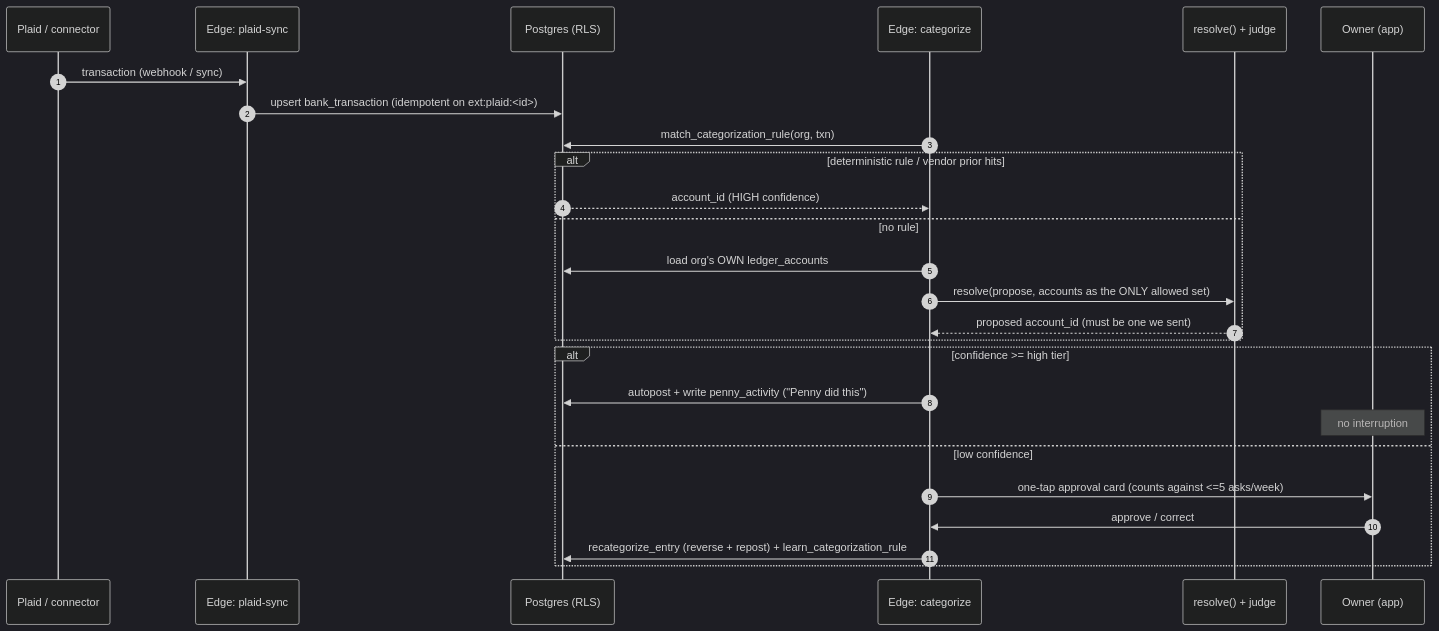
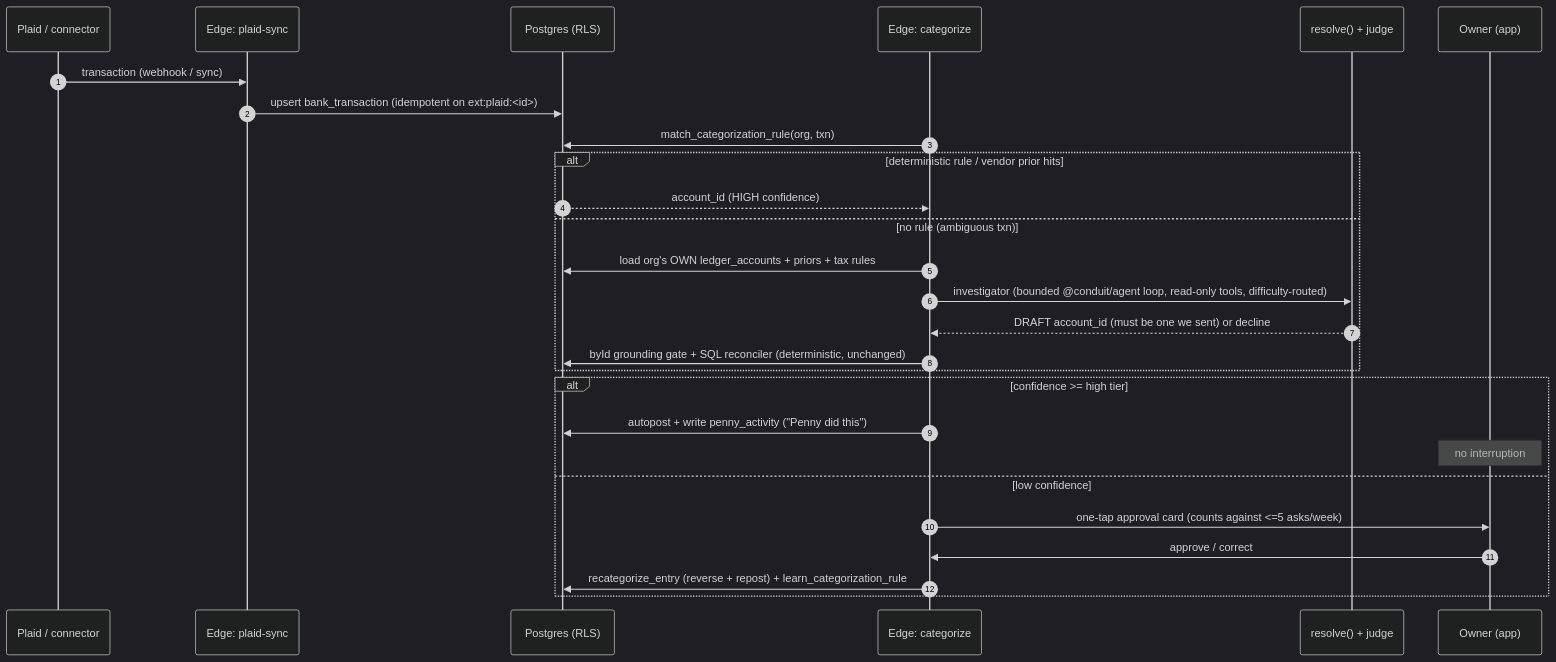
The second of 2 diagrams in docs/ARCHITECTURE.md (nikjain15/founderfirst.one), drawn with Mermaid (dark theme) before and after one commit. The commit also changed other lines of this file and 3 other files, not shown here.

First line of the commit message:
docs: reflect Conduit agent, difficulty routing, and read-only MCP server (#380)

````diff
--- a/docs/ARCHITECTURE.md
+++ b/docs/ARCHITECTURE.md
@@ -111,29 +114,30 @@
 ```mermaid
 sequenceDiagram
   autonumber
   participant Bank as Plaid / connector
   participant Ingest as Edge: plaid-sync
   participant DB as Postgres (RLS)
   participant Cat as Edge: categorize
   participant Inf as resolve() + judge
   participant Owner as Owner (app)
 
   Bank->>Ingest: transaction (webhook / sync)
   Ingest->>DB: upsert bank_transaction (idempotent on ext:plaid:<id>)
   Cat->>DB: match_categorization_rule(org, txn)
   alt deterministic rule / vendor prior hits
     DB-->>Cat: account_id (HIGH confidence)
-  else no rule
-    Cat->>DB: load org's OWN ledger_accounts
-    Cat->>Inf: resolve(propose, accounts as the ONLY allowed set)
-    Inf-->>Cat: proposed account_id (must be one we sent)
+  else no rule (ambiguous txn)
+    Cat->>DB: load org's OWN ledger_accounts + priors + tax rules
+    Cat->>Inf: investigator (bounded @conduit/agent loop, read-only tools, difficulty-routed)
+    Inf-->>Cat: DRAFT account_id (must be one we sent) or decline
+    Cat->>DB: byId grounding gate + SQL reconciler (deterministic, unchanged)
   end
   alt confidence >= high tier
     Cat->>DB: autopost + write penny_activity ("Penny did this")
     Note over Owner: no interruption
   else low confidence
     Cat->>Owner: one-tap approval card (counts against <=5 asks/week)
     Owner->>Cat: approve / correct
     Cat->>DB: recategorize_entry (reverse + repost) + learn_categorization_rule
   end
 ```
````
